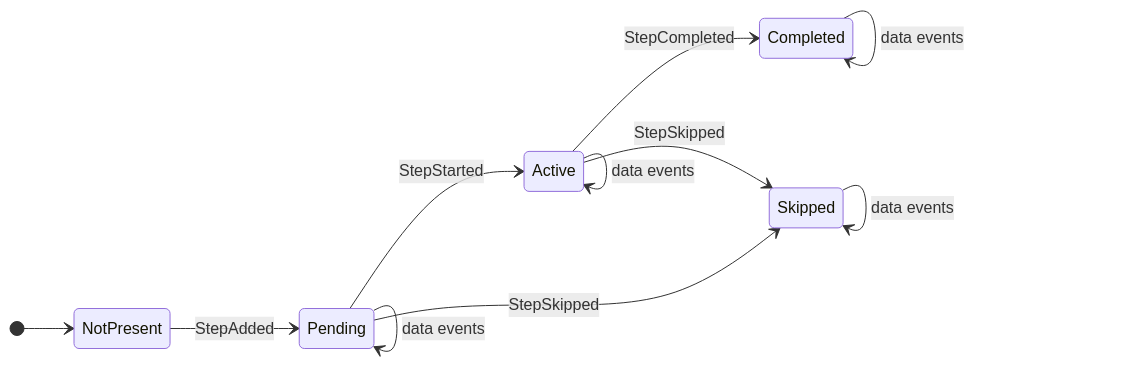
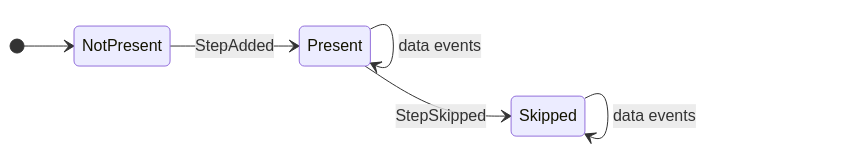
One commit to ut-issl/procnote changed the second of 2 diagrams in docs/concepts/executions-and-events.md. Above: the diagram before and after it, drawn with Mermaid. The commit also changed other lines of this file and 13 other files, not shown here.

````diff
--- a/docs/concepts/executions-and-events.md
+++ b/docs/concepts/executions-and-events.md
@@ -112,18 +109,11 @@
 ```mermaid
 stateDiagram-v2
     direction LR
 
     [*] --> NotPresent
-    NotPresent --> Pending: StepAdded
+    NotPresent --> Present: StepAdded
 
-    Pending --> Active: StepStarted
-    Active --> Completed: StepCompleted
-
-    Pending --> Skipped: StepSkipped
-    Active --> Skipped: StepSkipped
-
-    Pending --> Pending: data events
-    Active --> Active: data events
-    Completed --> Completed: data events
+    Present --> Present: data events
+    Present --> Skipped: StepSkipped
     Skipped --> Skipped: data events
 ```
````
